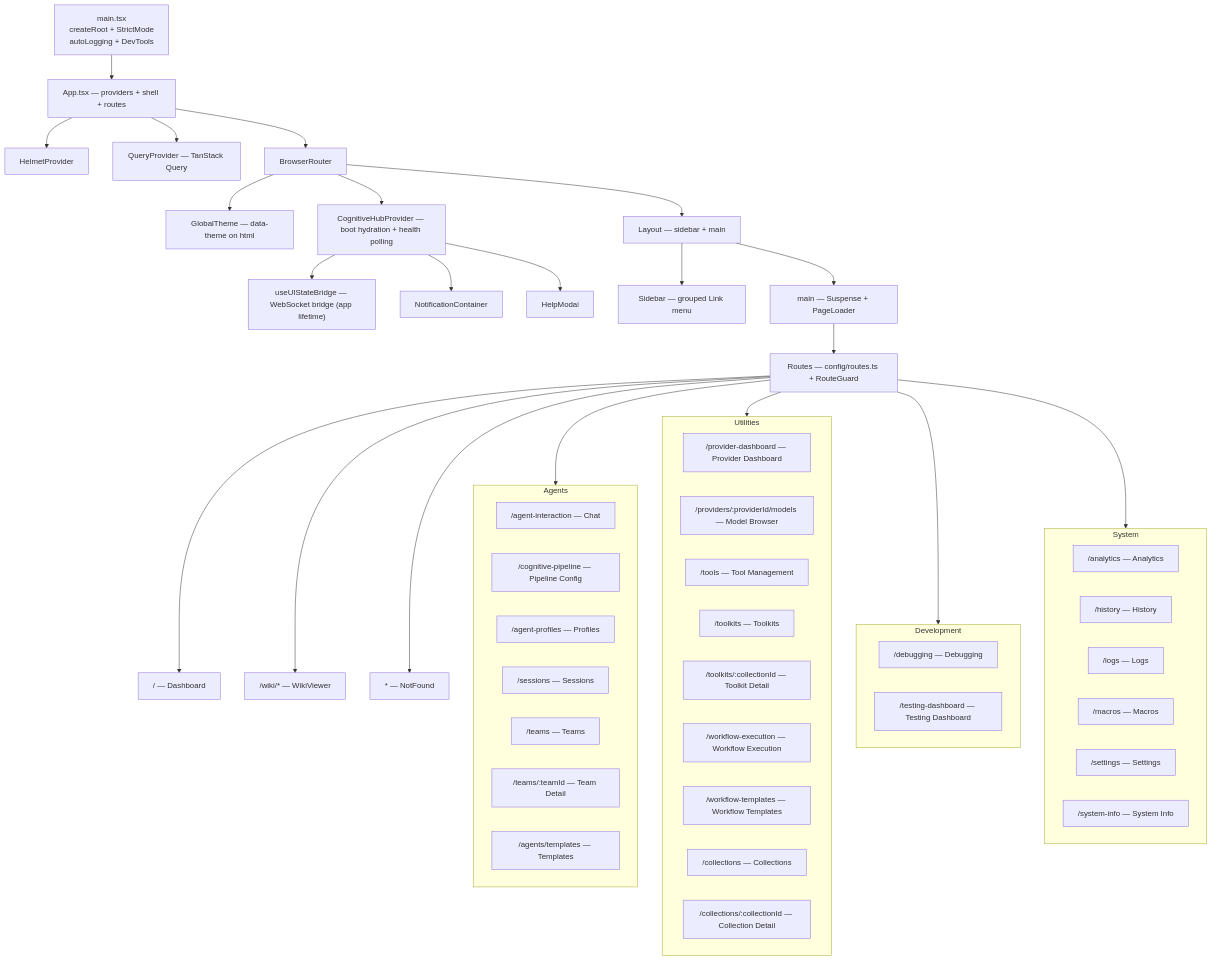
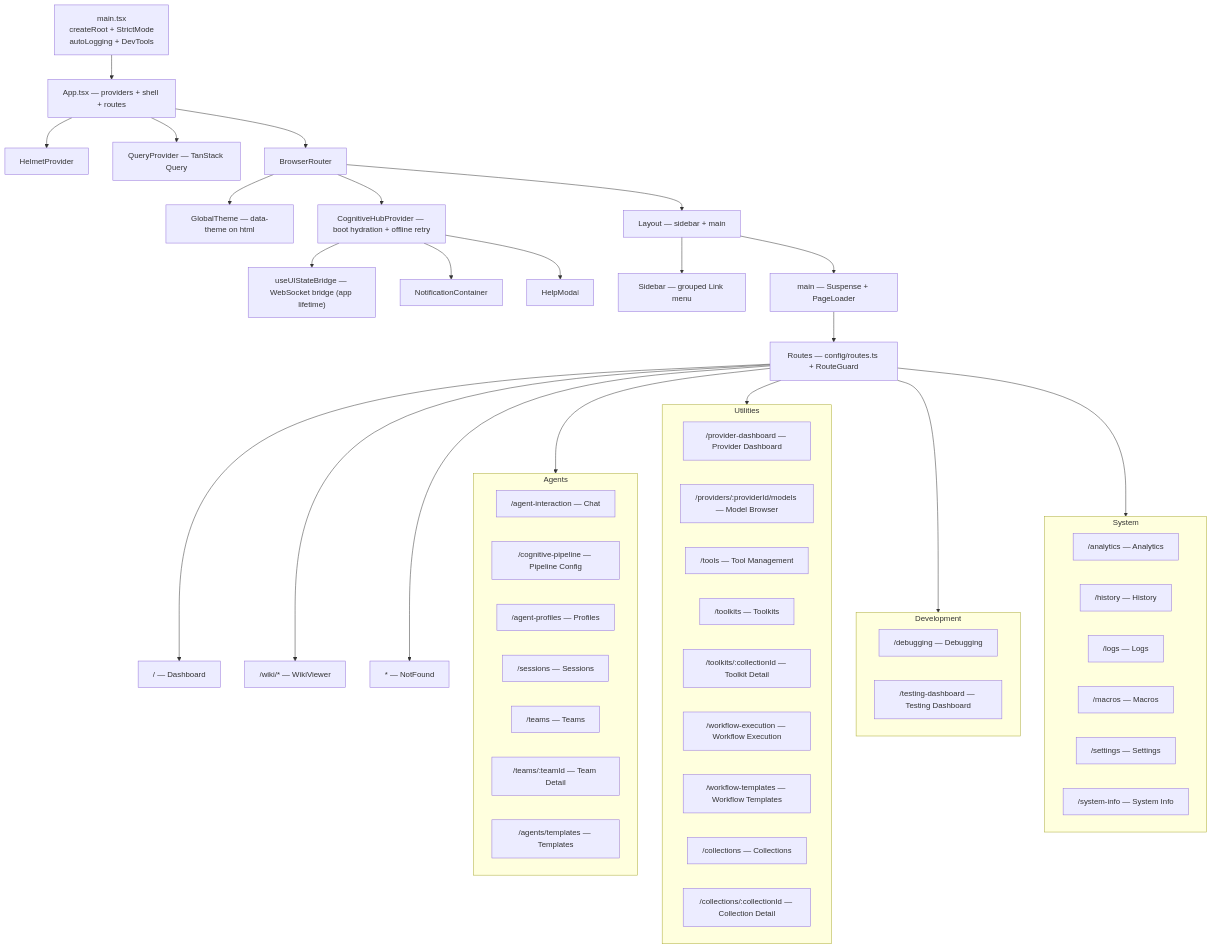
One commit to Developer-Pat/Cogitate changed the first of 4 diagrams in wiki/atlas/ui/architecture/frontend-overview.md. Above: the diagram before and after it, drawn with Mermaid. The commit also changed other lines of this file and 7 other files, not shown here.

````diff
--- a/wiki/atlas/ui/architecture/frontend-overview.md
+++ b/wiki/atlas/ui/architecture/frontend-overview.md
@@ -69,66 +69,66 @@
 ```mermaid
 flowchart TD
     main["main.tsx<br/>createRoot + StrictMode<br/>autoLogging + DevTools"]
     app["App.tsx — providers + shell + routes"]
     main --> app
 
     app --> helmet["HelmetProvider"]
     app --> query["QueryProvider — TanStack Query"]
     app --> router["BrowserRouter"]
 
     router --> gtheme["GlobalTheme — data-theme on html"]
-    router --> hub["CognitiveHubProvider — boot hydration + health polling"]
+    router --> hub["CognitiveHubProvider — boot hydration + offline retry"]
     router --> layout["Layout — sidebar + main"]
 
     hub --> bridge["useUIStateBridge — WebSocket bridge (app lifetime)"]
     hub --> notif["NotificationContainer"]
         hub --> help["HelpModal"]
 
     layout --> nav["Sidebar — grouped Link menu"]
     layout --> content["main — Suspense + PageLoader"]
     content --> routes["Routes — config/routes.ts + RouteGuard"]
 
     routes --> dash["/ — Dashboard"]
     routes --> agents
     routes --> utils
     routes --> dev
     routes --> sys
     routes --> wiki["/wiki/* — WikiViewer"]
     routes --> nf["* — NotFound"]
 
     subgraph agents["Agents"]
         a1["/agent-interaction — Chat"]
         a2["/cognitive-pipeline — Pipeline Config"]
         a3["/agent-profiles — Profiles"]
         a4["/sessions — Sessions"]
         a5["/teams — Teams"]
         a6["/teams/:teamId — Team Detail"]
         a7["/agents/templates — Templates"]
     end
 
     subgraph utils["Utilities"]
         u1["/provider-dashboard — Provider Dashboard"]
         u2["/providers/:providerId/models — Model Browser"]
         u3["/tools — Tool Management"]
         u4["/toolkits — Toolkits"]
         u5["/toolkits/:collectionId — Toolkit Detail"]
         u6["/workflow-execution — Workflow Execution"]
         u7["/workflow-templates — Workflow Templates"]
         u8["/collections — Collections"]
         u9["/collections/:collectionId — Collection Detail"]
     end
 
     subgraph dev["Development"]
         d1["/debugging — Debugging"]
         d2["/testing-dashboard — Testing Dashboard"]
     end
 
     subgraph sys["System"]
         s1["/analytics — Analytics"]
         s3["/history — History"]
         s4["/logs — Logs"]
         s5["/macros — Macros"]
         s6["/settings — Settings"]
         s7["/system-info — System Info"]
     end
 ```
````
